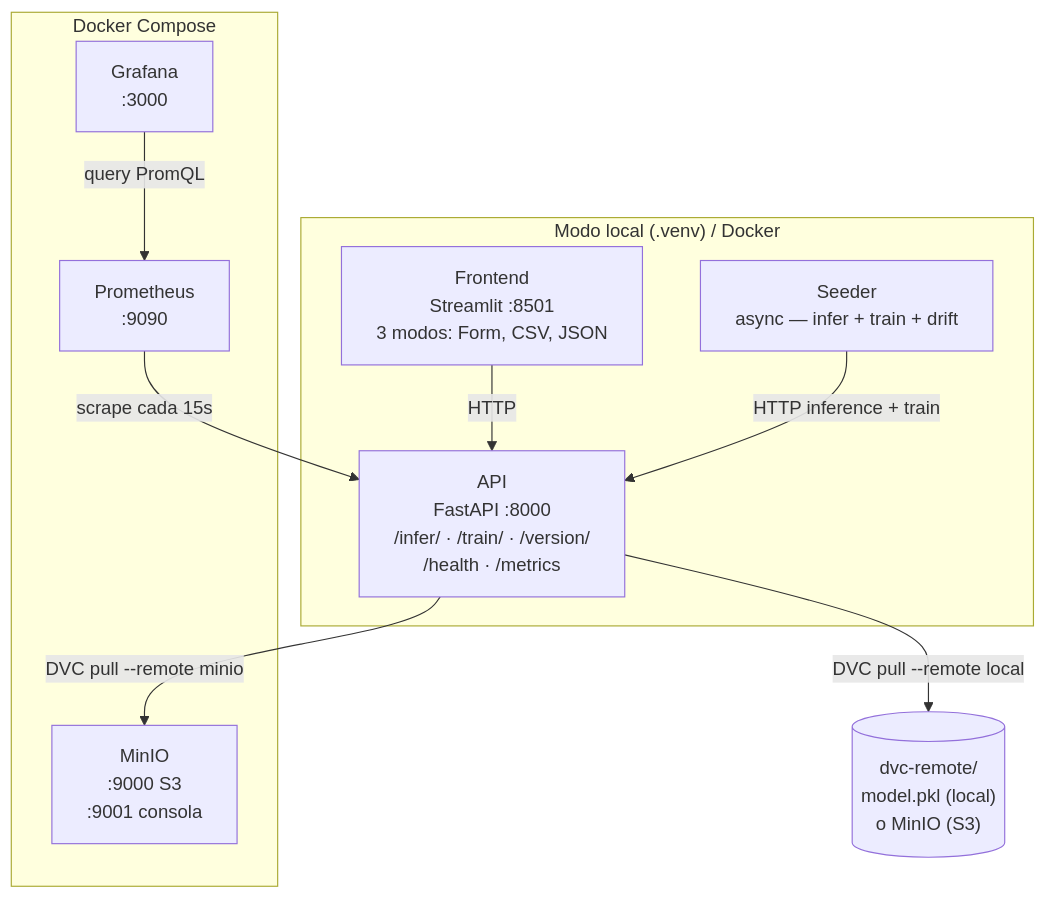
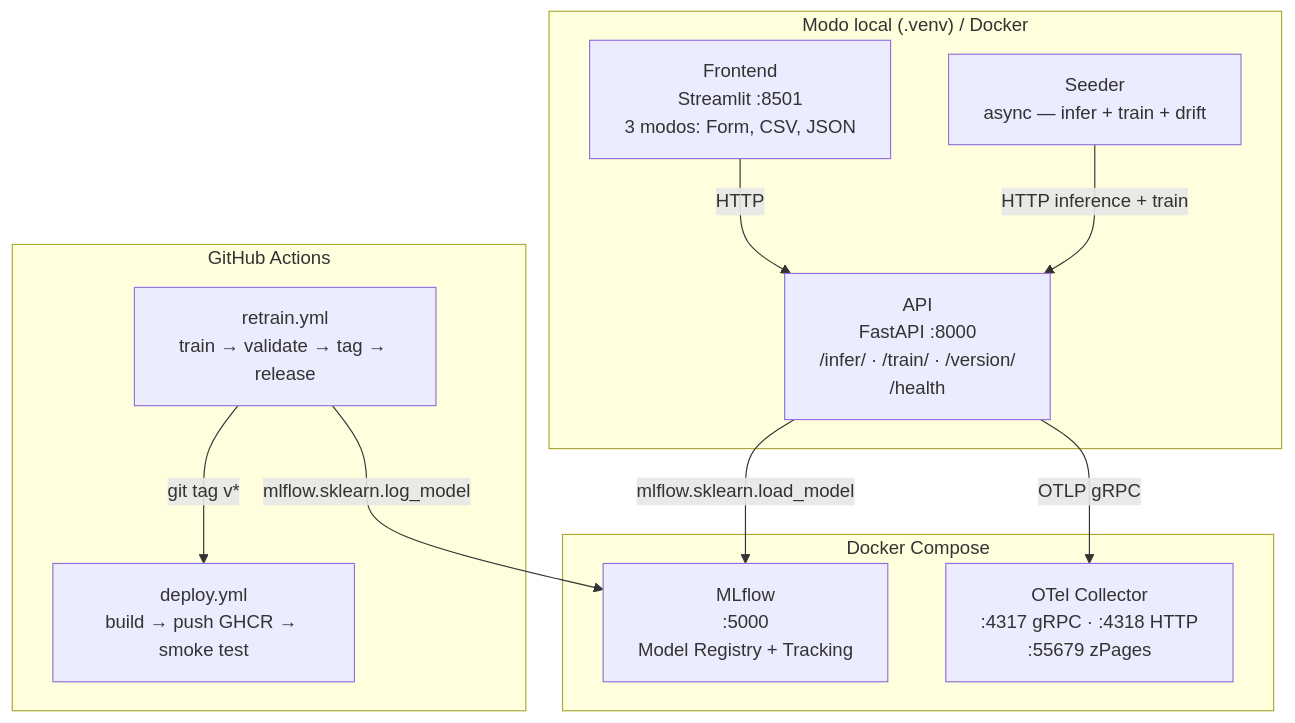
The first of 3 diagrams in docs/architecture.md (VSXR/PipelineModeling), drawn with Mermaid before and after one commit. The commit also changed other lines of this file and 45 other files, not shown here.

Commit message:
Pipeline actualizado para mayor rendimiento, falta Graphana

````diff
--- a/docs/architecture.md
+++ b/docs/architecture.md
@@ -7,23 +7,25 @@
 ```mermaid
 graph TB
     subgraph local["Modo local (.venv) / Docker"]
         FE["Frontend\nStreamlit :8501\n3 modos: Form, CSV, JSON"]
         SE["Seeder\nasync — infer + train + drift"]
-        API["API\nFastAPI :8000\n/infer/ · /train/ · /version/\n/health · /metrics"]
+        API["API\nFastAPI :8000\n/infer/ · /train/ · /version/\n/health"]
     end
 
     subgraph docker["Docker Compose"]
-        PROM["Prometheus\n:9090"]
-        GRAF["Grafana\n:3000"]
-        MINIO["MinIO\n:9000 S3\n:9001 consola"]
+        MLFLOW["MLflow\n:5000\nModel Registry + Tracking"]
+        OTEL["OTel Collector\n:4317 gRPC · :4318 HTTP\n:55679 zPages"]
     end
 
-    DVC[("dvc-remote/\nmodel.pkl (local)\no MinIO (S3)")]
+    subgraph ci["GitHub Actions"]
+        CI["retrain.yml\ntrain → validate → tag → release"]
+        CD["deploy.yml\nbuild → push GHCR → smoke test"]
+    end
 
-    FE -->|HTTP| API
-    SE -->|HTTP inference + train| API
-    PROM -->|scrape cada 15s| API
-    GRAF -->|query PromQL| PROM
-    API -->|DVC pull --remote local| DVC
-    API -->|DVC pull --remote minio| MINIO
+    FE  -->|HTTP| API
+    SE  -->|HTTP inference + train| API
+    API -->|OTLP gRPC| OTEL
+    API -->|mlflow.sklearn.load_model| MLFLOW
+    CI  -->|mlflow.sklearn.log_model| MLFLOW
+    CI  -->|git tag v*| CD
 ```
````
